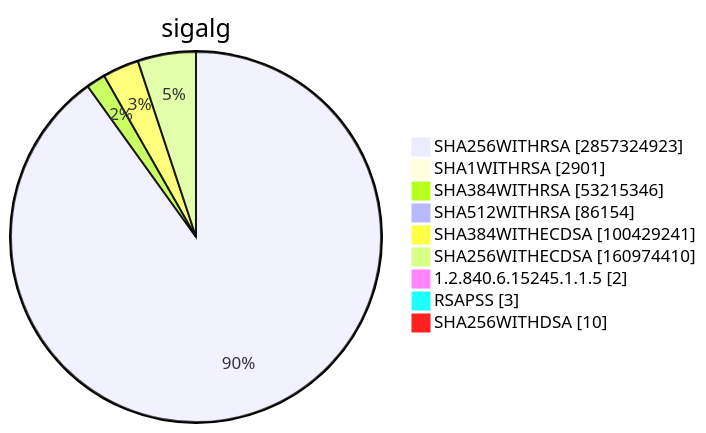
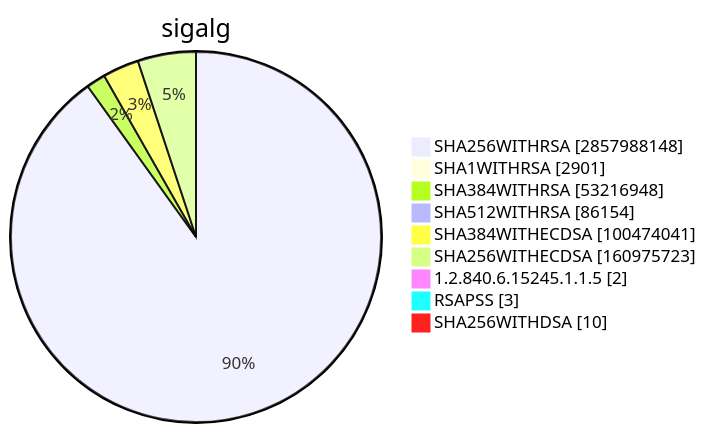
Before and after one commit to christiankrug/ctmonitor_visualization: diagram 15 of 15 in TOTAL/README.md, drawn with Mermaid. The commit also changed other lines of this file, not shown here.

````diff
--- a/TOTAL/README.md
+++ b/TOTAL/README.md
@@ -6207,13 +6207,13 @@
 ```mermaid
 pie showData
 title sigalg
-"SHA256WITHRSA" :2857324923
+"SHA256WITHRSA" :2857988148
 "SHA1WITHRSA" :2901
-"SHA384WITHRSA" :53215346
+"SHA384WITHRSA" :53216948
 "SHA512WITHRSA" :86154
-"SHA384WITHECDSA" :100429241
-"SHA256WITHECDSA" :160974410
+"SHA384WITHECDSA" :100474041
+"SHA256WITHECDSA" :160975723
 "1.2.840.6.15245.1.1.5" :2
 "RSAPSS" :3
 "SHA256WITHDSA" :10
 ```
````
